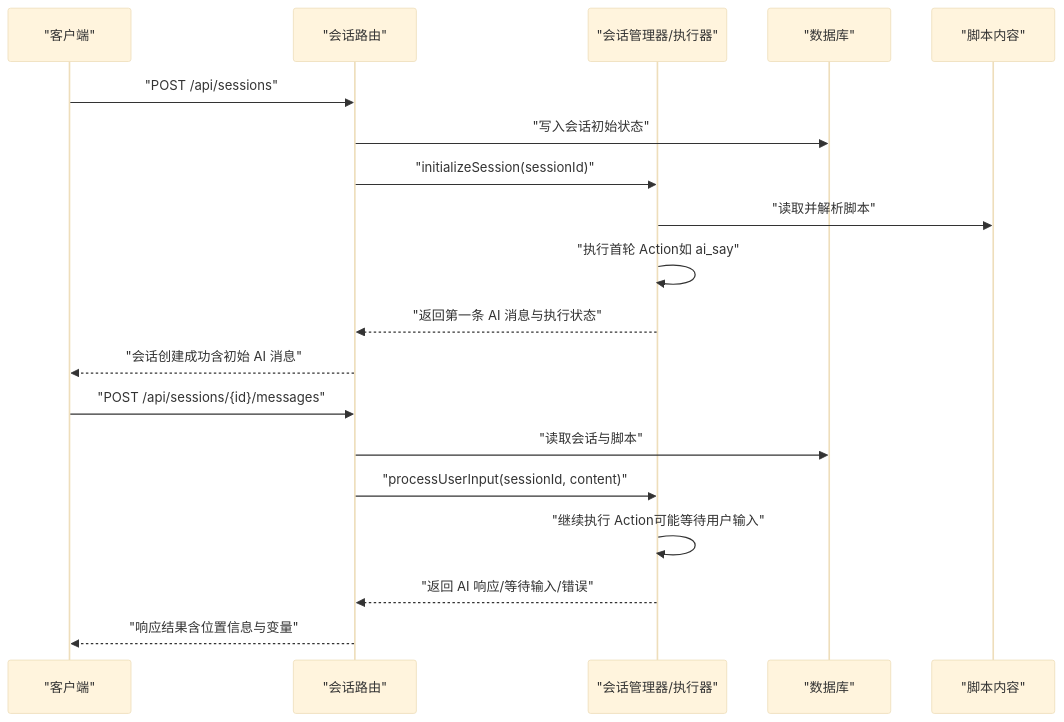
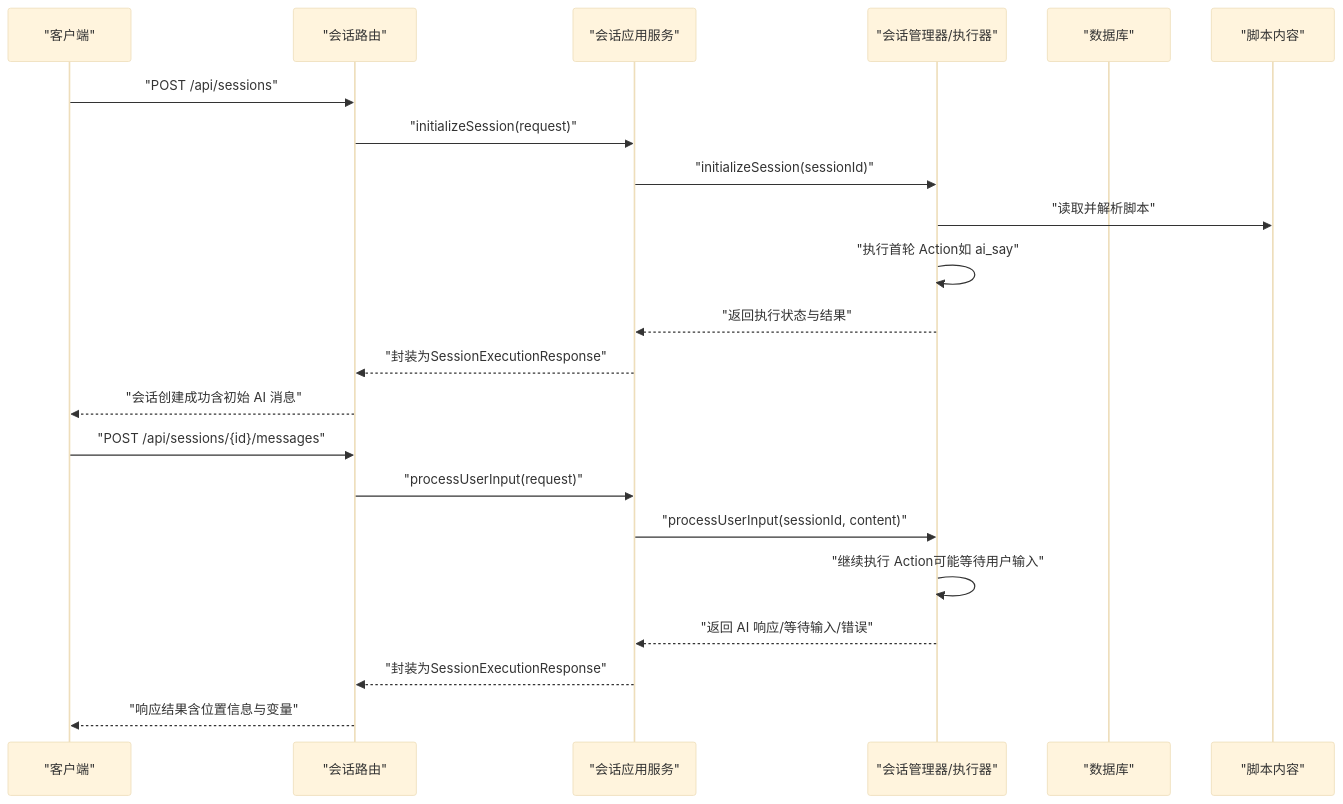
The second of 9 diagrams in .qoder/repowiki/zh/content/领域模型/领域模型.md (EverettCamus/HeartRule-Qoder), drawn with Mermaid (base theme) before and after one commit. The commit also changed other lines of this file and 31 other files, not shown here.

````diff
--- a/.qoder/repowiki/zh/content/领域模型/领域模型.md
+++ b/.qoder/repowiki/zh/content/领域模型/领域模型.md
@@ -135,21 +161,24 @@
 ```mermaid
 sequenceDiagram
 participant Client as "客户端"
 participant API as "会话路由"
+participant AppSvc as "会话应用服务"
 participant Manager as "会话管理器/执行器"
 participant DB as "数据库"
 participant Script as "脚本内容"
 Client->>API : "POST /api/sessions"
-API->>DB : "写入会话初始状态"
-API->>Manager : "initializeSession(sessionId)"
+API->>AppSvc : "initializeSession(request)"
+AppSvc->>Manager : "initializeSession(sessionId)"
 Manager->>Script : "读取并解析脚本"
 Manager->>Manager : "执行首轮 Action如 ai_say"
-Manager-->>API : "返回第一条 AI 消息与执行状态"
+Manager-->>AppSvc : "返回执行状态与结果"
+AppSvc-->>API : "封装为SessionExecutionResponse"
 API-->>Client : "会话创建成功含初始 AI 消息"
 Client->>API : "POST /api/sessions/{id}/messages"
-API->>DB : "读取会话与脚本"
-API->>Manager : "processUserInput(sessionId, content)"
+API->>AppSvc : "processUserInput(request)"
+AppSvc->>Manager : "processUserInput(sessionId, content)"
 Manager->>Manager : "继续执行 Action可能等待用户输入"
-Manager-->>API : "返回 AI 响应/等待输入/错误"
+Manager-->>AppSvc : "返回 AI 响应/等待输入/错误"
+AppSvc-->>API : "封装为SessionExecutionResponse"
 API-->>Client : "响应结果含位置信息与变量"
 ```
````
